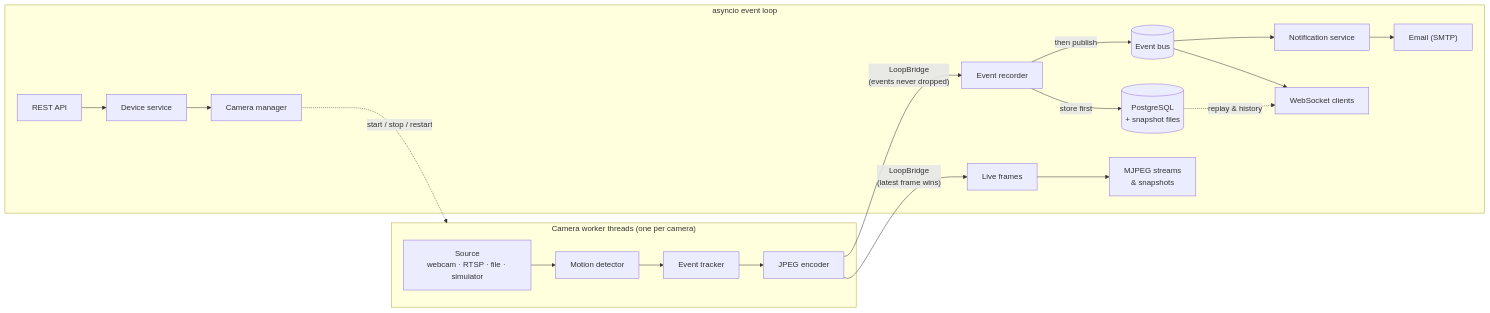
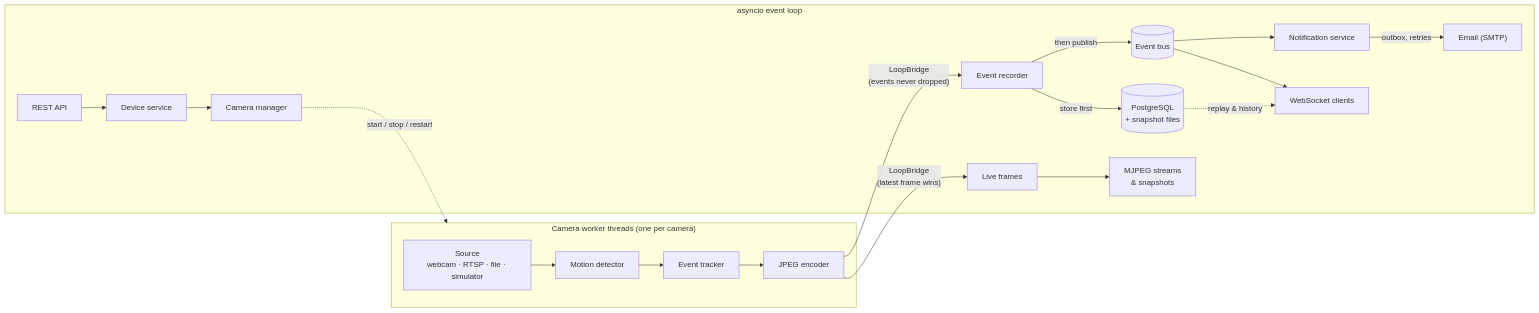
One commit to AndrewTechTips/Thief-Detection-Notifier changed the diagram in README.md. Above: the diagram before and after it, drawn with Mermaid. The commit also changed other lines of this file and 2 other files, not shown here.

````diff
--- a/README.md
+++ b/README.md
@@ -56,18 +57,18 @@
 ```mermaid
 flowchart LR
     subgraph threads["Camera worker threads (one per camera)"]
         S["Source<br/>webcam · RTSP · file · simulator"] --> D["Motion detector"] --> T["Event tracker"] --> J["JPEG encoder"]
     end
     J -->|"LoopBridge<br/>(latest frame wins)"| F["Live frames"]
     J -->|"LoopBridge<br/>(events never dropped)"| R["Event recorder"]
     subgraph loop["asyncio event loop"]
         R -->|"store first"| P[("PostgreSQL<br/>+ snapshot files")]
         R -->|"then publish"| B[("Event bus")]
         F --> M["MJPEG streams<br/>& snapshots"]
-        B --> N["Notification service"] --> E["Email (SMTP)"]
+        B --> N["Notification service"] -->|"outbox, retries"| E["Email (SMTP)"]
         B --> W["WebSocket clients"]
         P -. "replay & history" .-> W
         A["REST API"] --> DS["Device service"] --> CM["Camera manager"]
     end
     CM -. "start / stop / restart" .-> threads
 ```
````
